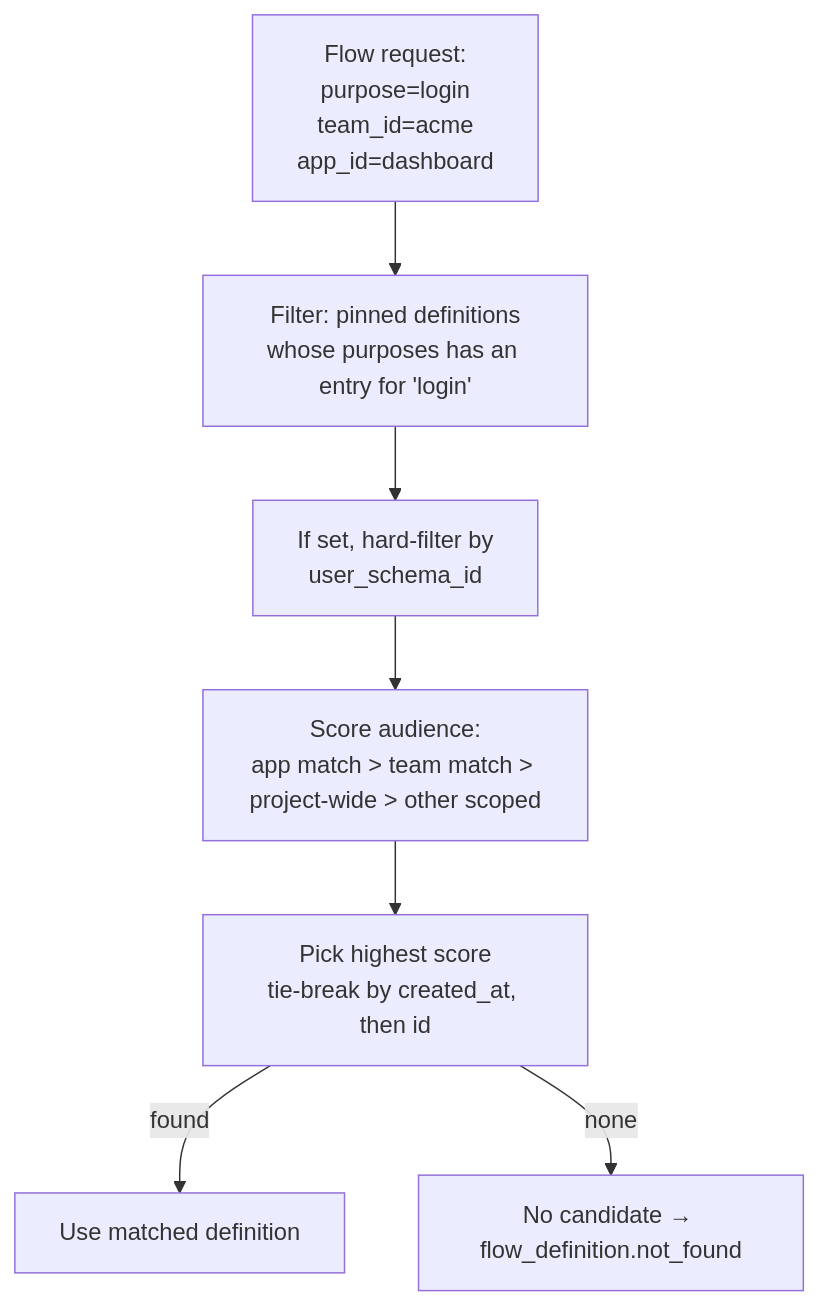
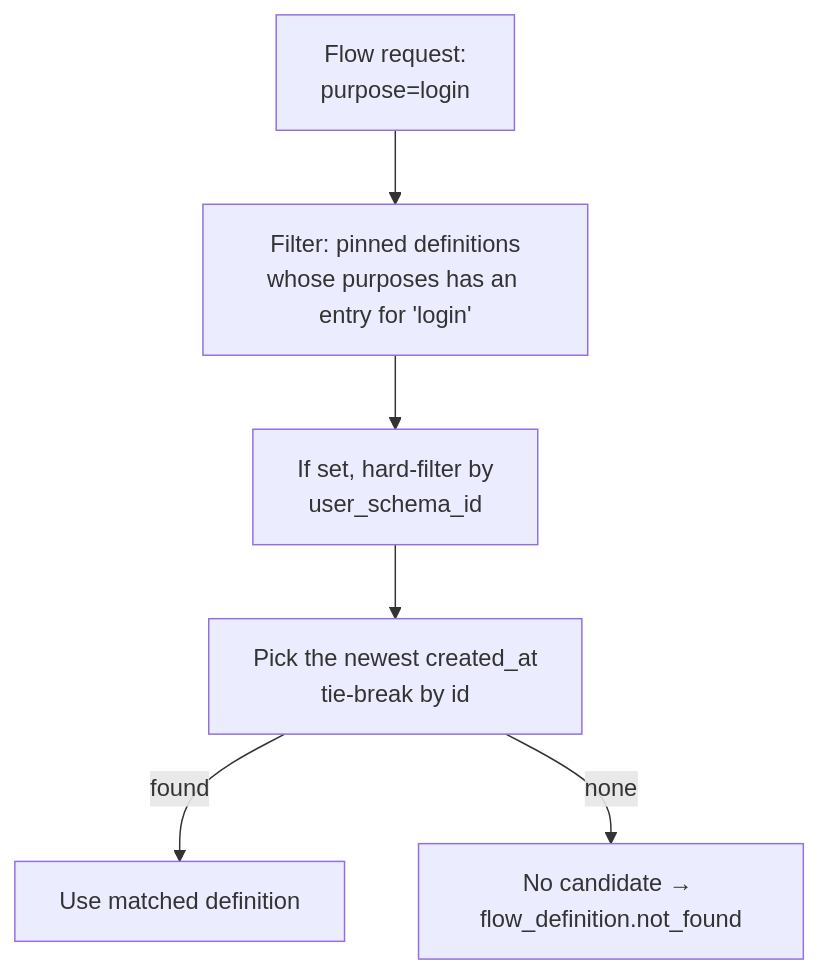
Before and after one commit to zitadel/nextgen: the fifth of 8 diagrams in docs/design/flowengine/flow-engine-guide.md, drawn with Mermaid. The commit also changed other lines of this file and 44 other files, not shown here.

First line of the commit message:
feat!: remove the flow definition audience mechanism

````diff
--- a/docs/design/flowengine/flow-engine-guide.md
+++ b/docs/design/flowengine/flow-engine-guide.md
@@ -404,13 +404,12 @@
 ```mermaid
 flowchart TD
-    req["Flow request:<br>purpose=login<br>team_id=acme<br>app_id=dashboard"]
+    req["Flow request:<br>purpose=login"]
     filter["Filter: pinned definitions<br>whose purposes has an entry for 'login'"]
     schema["If set, hard-filter by<br>user_schema_id"]
-    match["Score audience:<br>app match > team match > project-wide > other scoped"]
-    pick["Pick highest score<br>tie-break by created_at, then id"]
+    pick["Pick the newest created_at<br>tie-break by id"]
     missing["No candidate → flow_definition.not_found"]
 
-    req --> filter --> schema --> match --> pick
+    req --> filter --> schema --> pick
     pick -->|found| use["Use matched definition"]
     pick -->|none| missing
 ```
````
